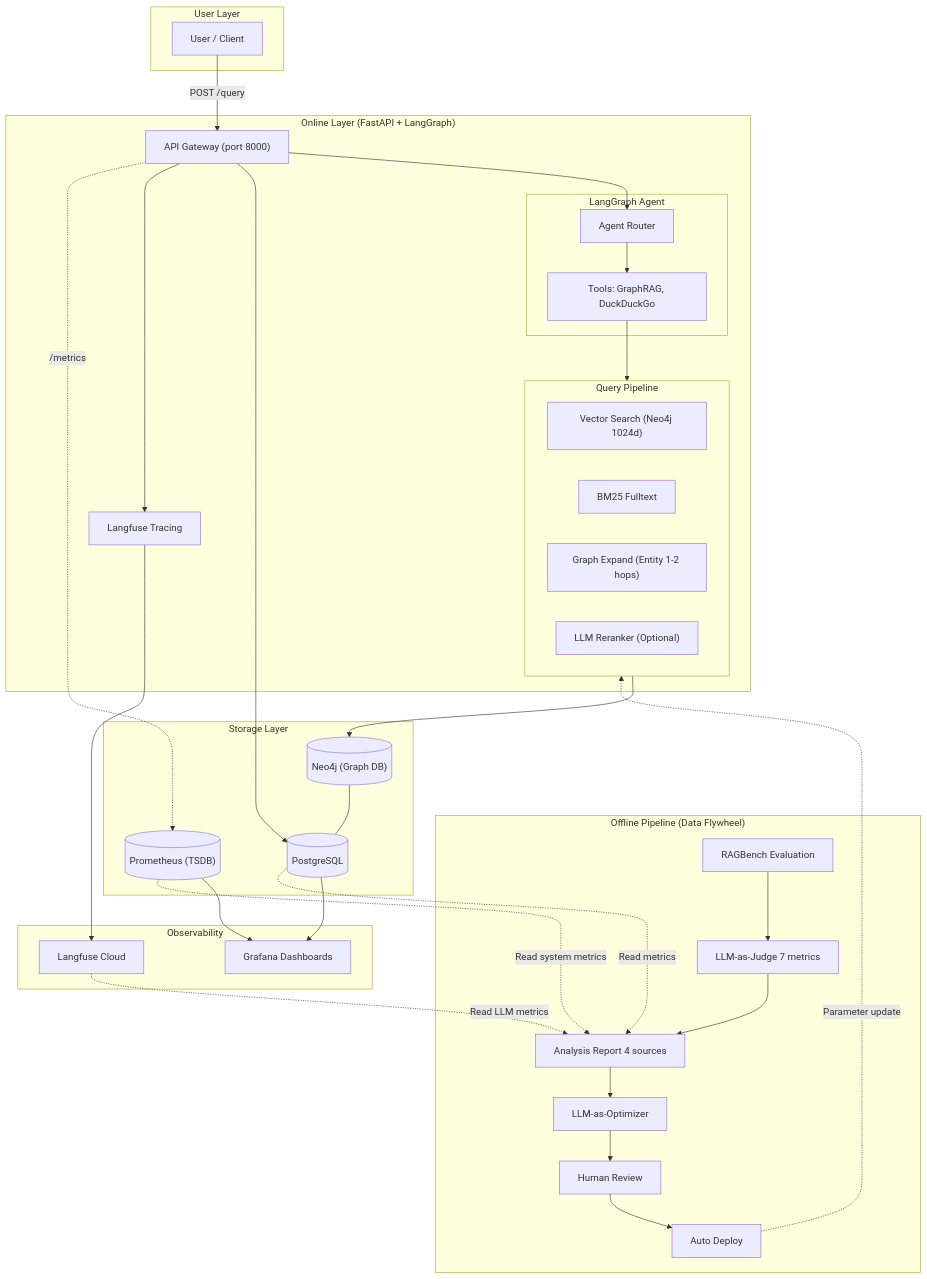
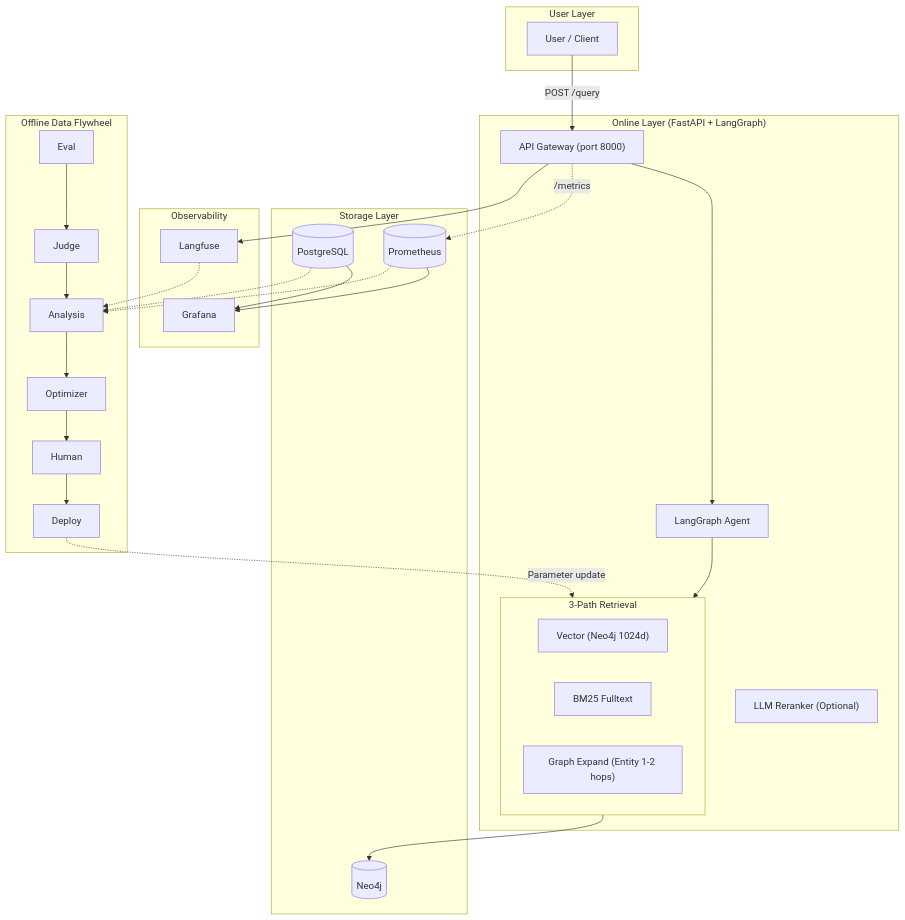
The first of 3 diagrams in README.md (kanchengw/NexusGraph), drawn with Mermaid before and after one commit. The commit also changed other lines of this file, not shown here.

Commit message:
docs: simplify architecture to 3 diagrams, convert query flow to flowchart

````diff
--- a/README.md
+++ b/README.md
@@ -13,60 +13,44 @@
 ```mermaid
 graph TB
     subgraph User["User Layer"]
         U[User / Client]
     end
 
     subgraph Online["Online Layer (FastAPI + LangGraph)"]
         GW["API Gateway (port 8000)"]
-        subgraph Query["Query Pipeline"]
-            V["Vector Search (Neo4j 1024d)"]
+        A[LangGraph Agent]
+        subgraph Query["3-Path Retrieval"]
+            V["Vector (Neo4j 1024d)"]
             BM25["BM25 Fulltext"]
             G["Graph Expand (Entity 1-2 hops)"]
-            RR["LLM Reranker (Optional)"]
         end
-        subgraph Agent["LangGraph Agent"]
-            A[Agent Router]
-            T["Tools: GraphRAG, DuckDuckGo"]
-        end
-        LC[Langfuse Tracing]
+        RR["LLM Reranker (Optional)"]
     end
 
     subgraph Storage["Storage Layer"]
-        NEO[("Neo4j (Graph DB)")]
+        NEO[("Neo4j")]
         PG[("PostgreSQL")]
-        PROM[("Prometheus (TSDB)")]
+        PROM[("Prometheus")]
     end
 
     subgraph Observability["Observability"]
-        LF[Langfuse Cloud]
-        GRAF[Grafana Dashboards]
-    end
-
-    subgraph Offline["Offline Pipeline (Data Flywheel)"]
-        Eval[RAGBench Evaluation]
-        Judge[LLM-as-Judge 7 metrics]
-        Analysis[Analysis Report 4 sources]
-        Optimizer[LLM-as-Optimizer]
-        Human[Human Review]
-        Deploy[Auto Deploy]
+        LF[Langfuse]
+        GRAF[Grafana]
     end
 
     U -->|"POST /query"| GW
-    GW --> A
-    A --> T
-    T --> Query
-    Query --> NEO
-    GW --> PG
-    GW --> LC --> LF
+    GW --> A --> Query --> NEO
     GW -.->|/metrics| PROM
-
-    NEO --- PG
+    GW --> LF
     PROM --> GRAF
     PG --> GRAF
 
-    Eval --> Judge --> Analysis --> Optimizer --> Human --> Deploy
+    subgraph Offline["Offline Data Flywheel"]
+        Eval --> Judge --> Analysis --> Optimizer --> Human --> Deploy
+    end
+
     Deploy -.->|Parameter update| Query
-    PG -.->|Read metrics| Analysis
-    PROM -.->|Read system metrics| Analysis
-    LF -.->|Read LLM metrics| Analysis
+    PG -.-> Analysis
+    PROM -.-> Analysis
+    LF -.-> Analysis
 ```
````
